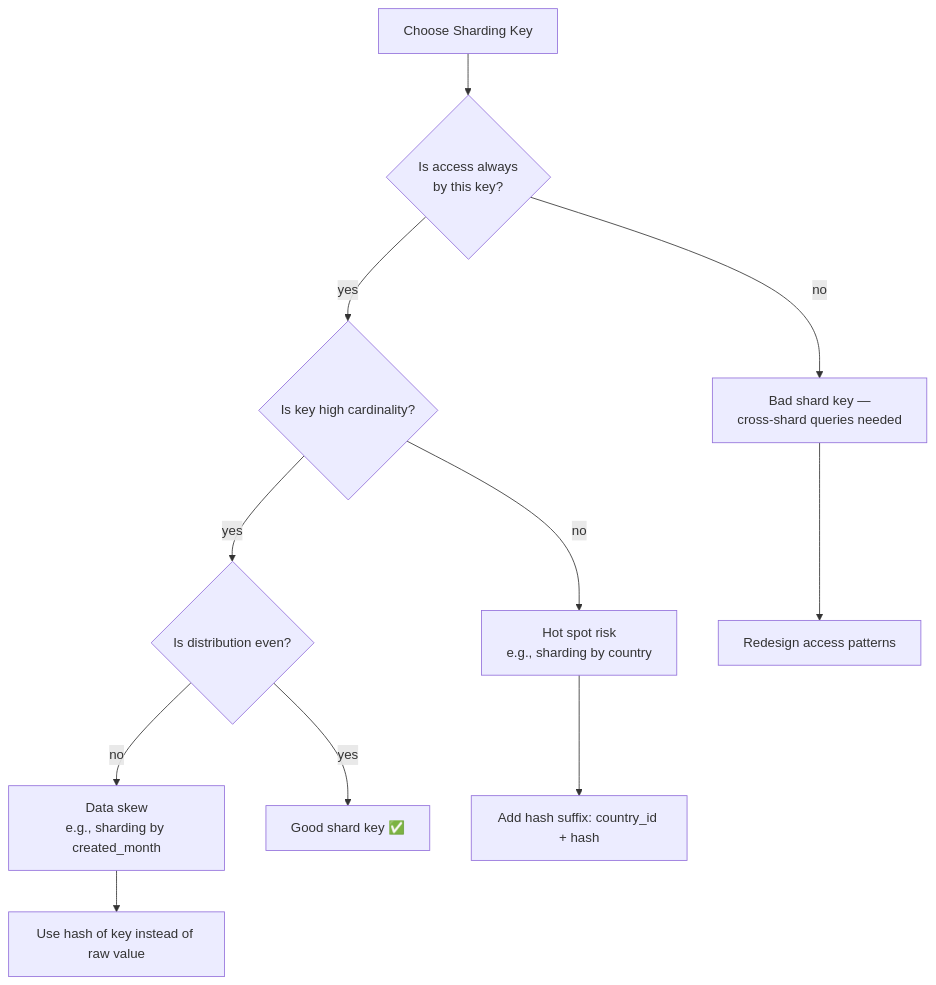
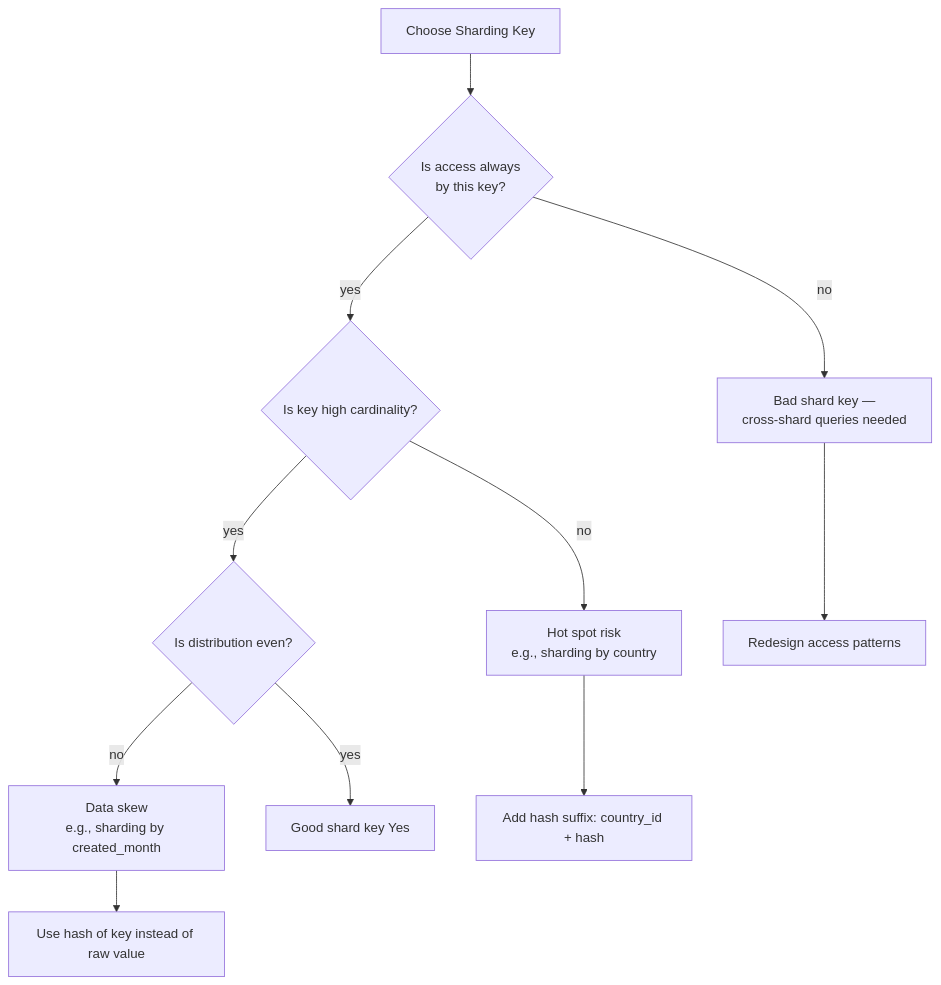
Diagram 29 of 41 in 08-fundamentals/23-scaling-cap-caching-load-balancing-sharding-indexing.md (billywr/system-design), drawn with Mermaid before and after one commit. The commit also changed other lines of this file and 39 other files, not shown here.

````diff
--- a/08-fundamentals/23-scaling-cap-caching-load-balancing-sharding-indexing.md
+++ b/08-fundamentals/23-scaling-cap-caching-load-balancing-sharding-indexing.md
@@ -984,14 +984,14 @@
 ```mermaid
 flowchart TD
     START[Choose Sharding Key] --> Q1{Is access always<br/>by this key?}
     Q1 -->|no| BAD[Bad shard key —<br/>cross-shard queries needed]
     Q1 -->|yes| Q2{Is key high cardinality?}
     Q2 -->|no| HOT[Hot spot risk<br/>e.g., sharding by country]
     Q2 -->|yes| Q3{Is distribution even?}
     Q3 -->|no| SKEW[Data skew<br/>e.g., sharding by created_month]
-    Q3 -->|yes| GOOD[Good shard key ✅]
+    Q3 -->|yes| GOOD[Good shard key Yes]
 
     BAD --> FIX1[Redesign access patterns]
     HOT --> FIX2[Add hash suffix: country_id + hash]
     SKEW --> FIX3[Use hash of key instead of raw value]
 ```
````
